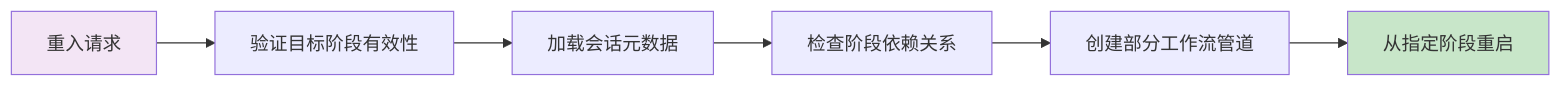
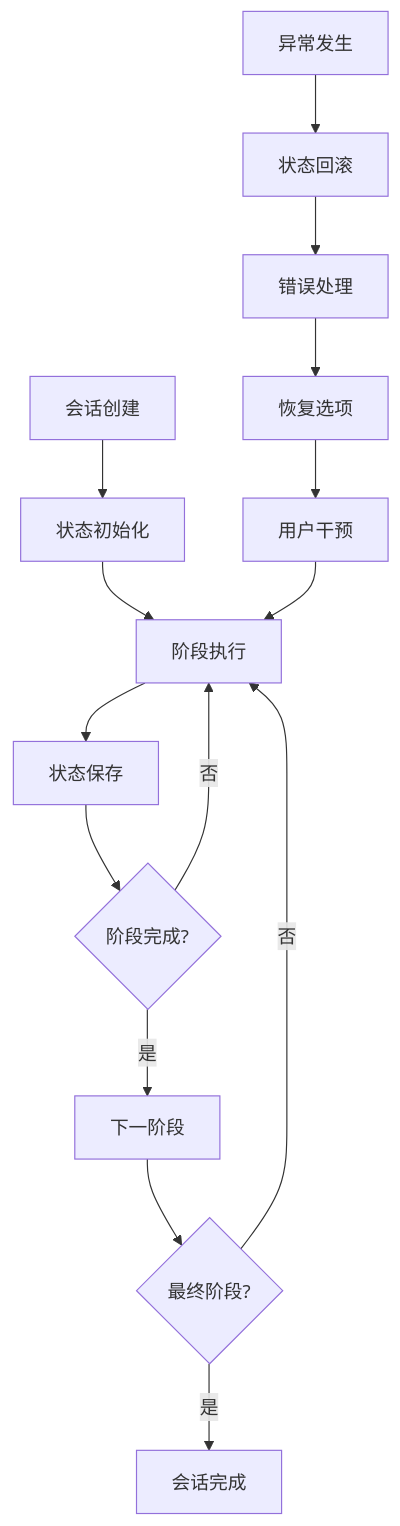
One commit to sopaco/cowork-forge changed the fifth of 9 diagrams in litho.docs/zh/3、工作流程.md. Above: the diagram before and after it, drawn with Mermaid. The commit also changed other lines of this file and 26 other files, not shown here.

````diff
--- a/litho.docs/zh/3、工作流程.md
+++ b/litho.docs/zh/3、工作流程.md
@@ -166,11 +276,18 @@
 ```mermaid
-graph LR
-    A[重入请求] --> B[验证目标阶段有效性]
-    B --> C[加载会话元数据]
-    C --> D[检查阶段依赖关系]
-    D --> E[创建部分工作流管道]
-    E --> F[从指定阶段重启]
+graph TB
+    A[会话创建] --> B[状态初始化]
+    B --> C[阶段执行]
+    C --> D[状态保存]
+    D --> E{阶段完成?}
+    E -->|否| C
+    E -->|是| F[下一阶段]
+    F --> G{最终阶段?}
+    G -->|否| C
+    G -->|是| H[会话完成]
     
-    style A fill:#f3e5f5
-    style F fill:#c8e6c9
+    I[异常发生] --> J[状态回滚]
+    J --> K[错误处理]
+    K --> L[恢复选项]
+    L --> M[用户干预]
+    M --> C
 ```
````
